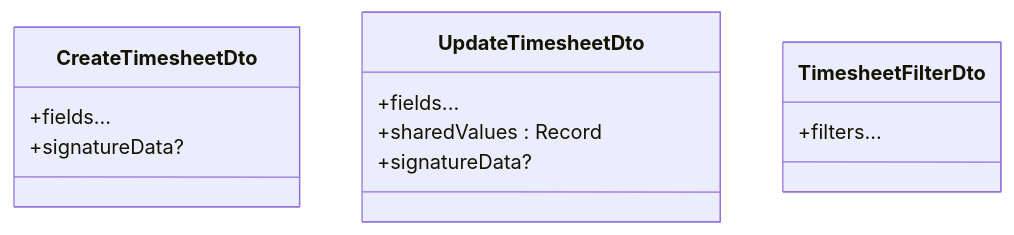
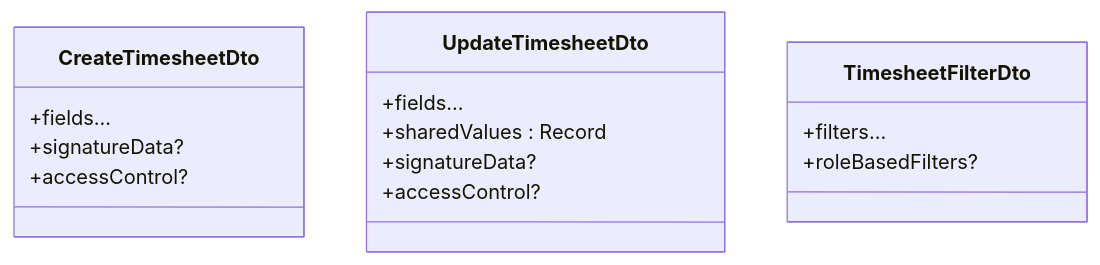
One commit to RobertRuas/windlog changed the fifth of 11 diagrams in .qoder/repowiki/en/content/Arquitetura Backend/Módulos do Sistema/Timesheet Semanal - Módulo Backend.md. Above: the diagram before and after it, drawn with Mermaid. The commit also changed other lines of this file and 18 other files, not shown here.

````diff
--- a/.qoder/repowiki/en/content/Arquitetura Backend/Módulos do Sistema/Timesheet Semanal - Módulo Backend.md
+++ b/.qoder/repowiki/en/content/Arquitetura Backend/Módulos do Sistema/Timesheet Semanal - Módulo Backend.md
@@ -338,15 +361,18 @@
 ```mermaid
 classDiagram
 class CreateTimesheetDto {
 +fields...
 +signatureData?
++accessControl?
 }
 class UpdateTimesheetDto {
 +fields...
 +sharedValues : Record<string, string>
 +signatureData?
++accessControl?
 }
 class TimesheetFilterDto {
 +filters...
++roleBasedFilters?
 }
 ```
````
